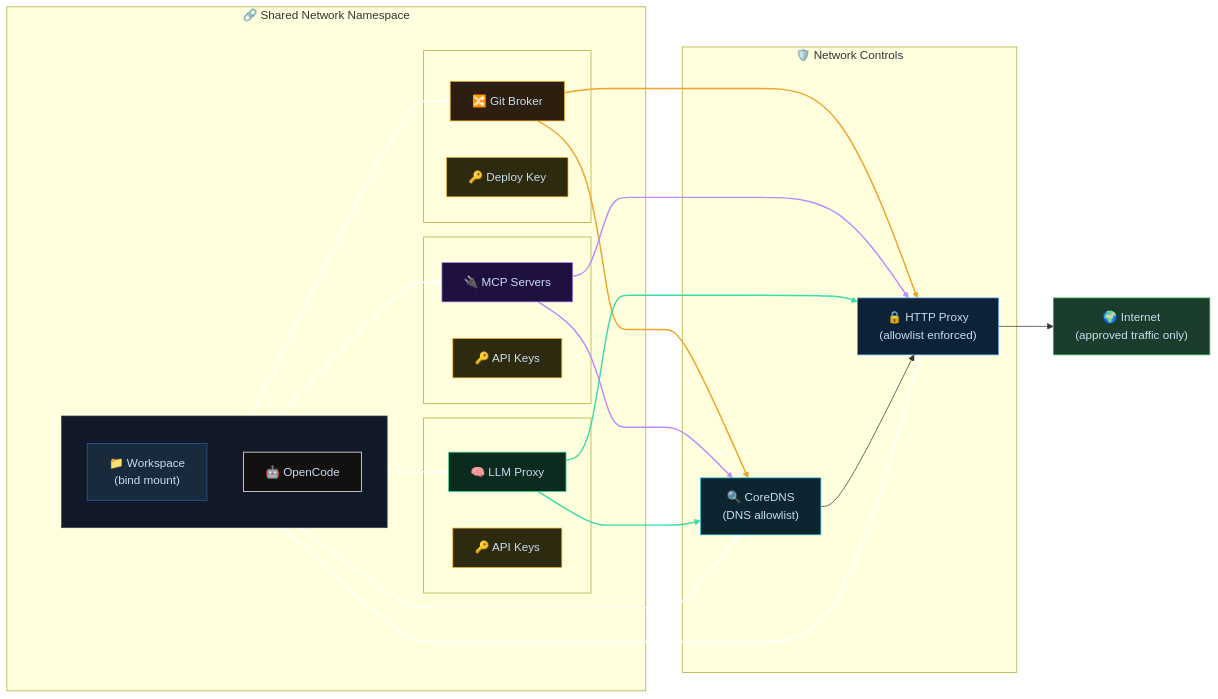
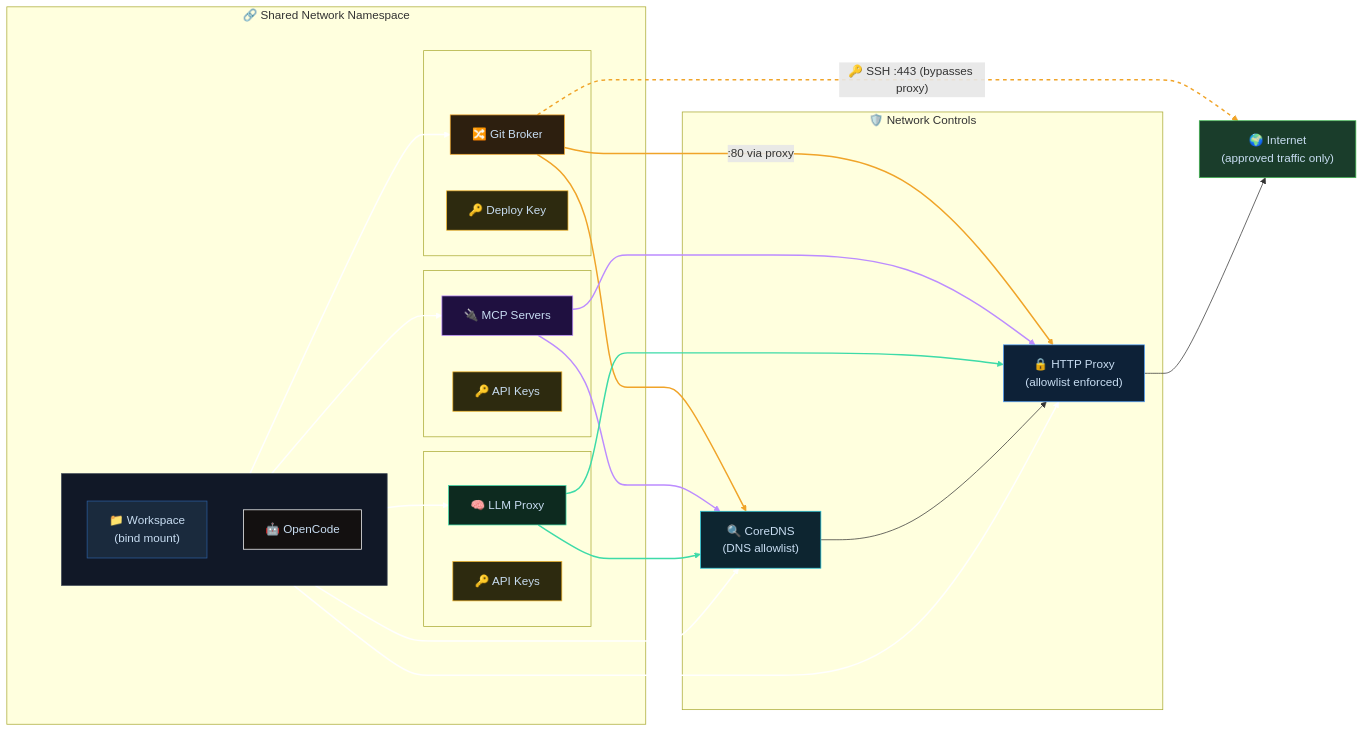
The diagram in presentation/diagrams/architecture.mmd (sachitv/opencode-omo-sandbox-docker), drawn with Mermaid before and after one commit. The commit also changed 4 other files, not shown here.

```diff
--- a/presentation/diagrams/architecture.mmd
+++ b/presentation/diagrams/architecture.mmd
@@ -1,66 +1,68 @@
 graph LR
   subgraph NET["🔗 Shared Network Namespace"]
     subgraph NET_INNER[" "]
       subgraph NET_INNER2[" "]
       subgraph A_GROUP[" "]
         direction TB
         WS["📁 Workspace\n(bind mount)"]
         A["🤖 OpenCode"]
       end
 
       subgraph GB_GROUP[" "]
         GB["🔀 Git Broker"]
         GBC["🔑 Deploy Key"]
       end
 
       subgraph MCP_GROUP[" "]
         MCP["🔌 MCP Servers"]
         MCPC["🔑 API Keys"]
       end
 
       subgraph LLM_GROUP[" "]
         LLMP["🧠 LLM Proxy"]
         LLMPC["🔑 API Keys"]
       end
       end
     end
   end
 
   subgraph FILTER["🛡️ Network Controls"]
     DNS["🔍 CoreDNS\n(DNS allowlist)"]
     PROXY["🔒 HTTP Proxy\n(allowlist enforced)"]
   end
 
   A --> GB
   A --> MCP
   A --> LLMP
   A --> DNS
   A --> PROXY
   GB --> DNS
-  GB --> PROXY
+  GB -->|":80 via proxy"| PROXY
+  GB -.->|"🔑 SSH :443 (bypasses proxy)"| INET
   MCP --> DNS
   MCP --> PROXY
   LLMP --> DNS
   LLMP --> PROXY
   DNS --> PROXY
   PROXY --> INET["🌍 Internet\n(approved traffic only)"]
 
   style NET_INNER fill:transparent,stroke:transparent
   style NET_INNER2 fill:transparent,stroke:transparent
   style A_GROUP fill:#111827,stroke:#374151
   style A fill:#131010,stroke:#ffffff,color:#c8ddf2
   style GB fill:#2d1f0f,stroke:#f0a429,color:#c8ddf2
   style MCP fill:#1f1040,stroke:#bc8cff,color:#c8ddf2
   style LLMP fill:#0d2a1f,stroke:#3ddba8,color:#c8ddf2
   style GBC fill:#2d2a0f,stroke:#f0b429,color:#c8ddf2
   style MCPC fill:#2d2a0f,stroke:#f0b429,color:#c8ddf2
   style LLMPC fill:#2d2a0f,stroke:#f0b429,color:#c8ddf2
   style WS fill:#1a2a3d,stroke:#2b5d9e,color:#c8ddf2
   style DNS fill:#0d2530,stroke:#26c6da,color:#c8ddf2
   style PROXY fill:#0d2137,stroke:#58a6ff,color:#c8ddf2
   style INET fill:#1a3d2b,stroke:#3fb950,color:#c8ddf2
 
   linkStyle 0,1,2,3,4 stroke:#ffffff,stroke-width:2px
   linkStyle 5,6 stroke:#f0a429,stroke-width:2px
-  linkStyle 7,8 stroke:#bc8cff,stroke-width:2px
-  linkStyle 9,10 stroke:#3ddba8,stroke-width:2px
+  linkStyle 7 stroke:#f0a429,stroke-width:2px,stroke-dasharray:5 5
+  linkStyle 8,9 stroke:#bc8cff,stroke-width:2px
+  linkStyle 10,11 stroke:#3ddba8,stroke-width:2px
```
